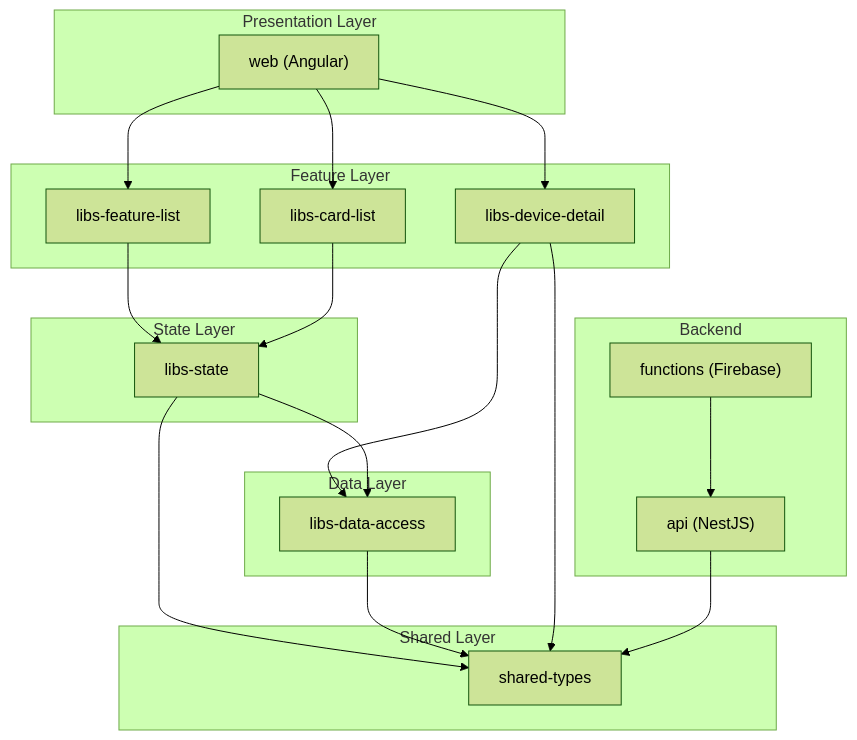
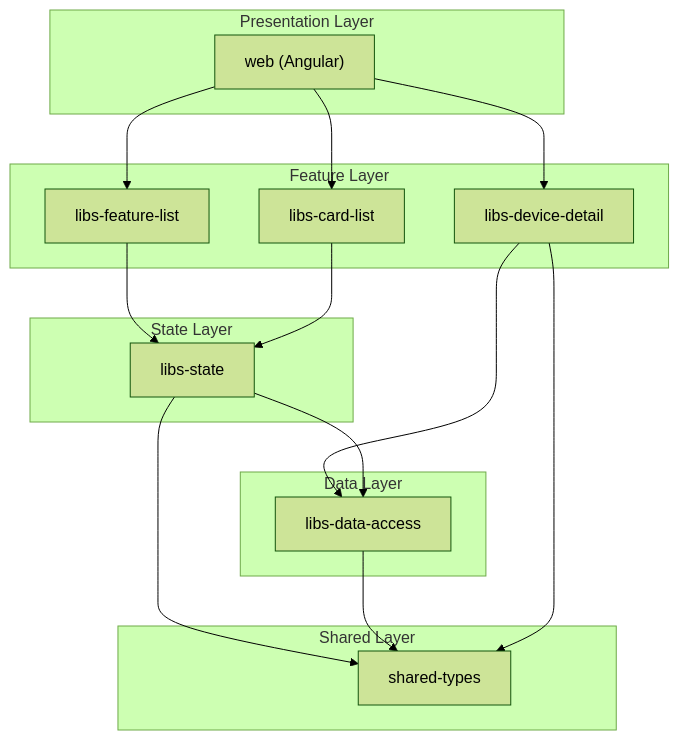
Before and after one commit to gurezo/chirimen-device-dashboard: the third of 3 diagrams in README.md, drawn with Mermaid (forest theme). The commit also changed other lines of this file and 43 other files, not shown here.

First line of the commit message:
chore(workspace): remove apps/api, apps/api-e2e, functions and related backend

````diff
--- a/README.md
+++ b/README.md
@@ -92,45 +75,37 @@
 ```mermaid
 flowchart TB
     subgraph presentation["Presentation Layer"]
         web["web (Angular)"]
     end
 
     subgraph feature["Feature Layer"]
         featureList["libs-feature-list"]
         cardList["libs-card-list"]
         deviceDetail["libs-device-detail"]
     end
 
     subgraph stateLayer["State Layer"]
         stateLib["libs-state"]
     end
 
     subgraph data["Data Layer"]
         dataAccess["libs-data-access"]
     end
 
     subgraph shared["Shared Layer"]
         sharedTypes["shared-types"]
     end
 
-    subgraph backend["Backend"]
-        api["api (NestJS)"]
-        functionsNode["functions (Firebase)"]
-    end
-
     web --> featureList
     web --> cardList
     web --> deviceDetail
 
     featureList --> stateLib
     cardList --> stateLib
     deviceDetail --> dataAccess
 
     stateLib --> dataAccess
     stateLib --> sharedTypes
     dataAccess --> sharedTypes
     deviceDetail --> sharedTypes
-
-    api --> sharedTypes
-    functionsNode --> api
 ```
````
